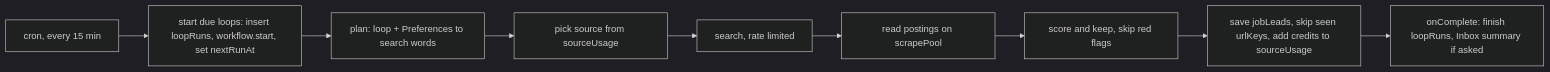
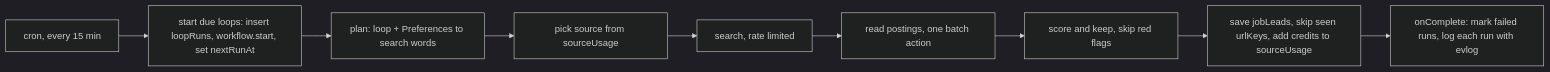
One commit to saranatour1/job-tracking-helper changed the eighth of 9 diagrams in docs/database-design.md. Above: the diagram before and after it, drawn with Mermaid (dark theme). The commit also changed other lines of this file and 40 other files, not shown here.

````diff
--- a/docs/database-design.md
+++ b/docs/database-design.md
@@ -420,11 +420,11 @@
 ```mermaid
 flowchart LR
     C[cron, every 15 min] --> D[start due loops: insert loopRuns, workflow.start, set nextRunAt]
     D --> P[plan: loop + Preferences to search words]
     P --> S[pick source from sourceUsage]
     S --> Q[search, rate limited]
-    Q --> R[read postings on scrapePool]
+    Q --> R[read postings, one batch action]
     R --> K[score and keep, skip red flags]
     K --> V[save jobLeads, skip seen urlKeys, add credits to sourceUsage]
-    V --> O[onComplete: finish loopRuns, Inbox summary if asked]
+    V --> O[onComplete: mark failed runs, log each run with evlog]
 ```
````
